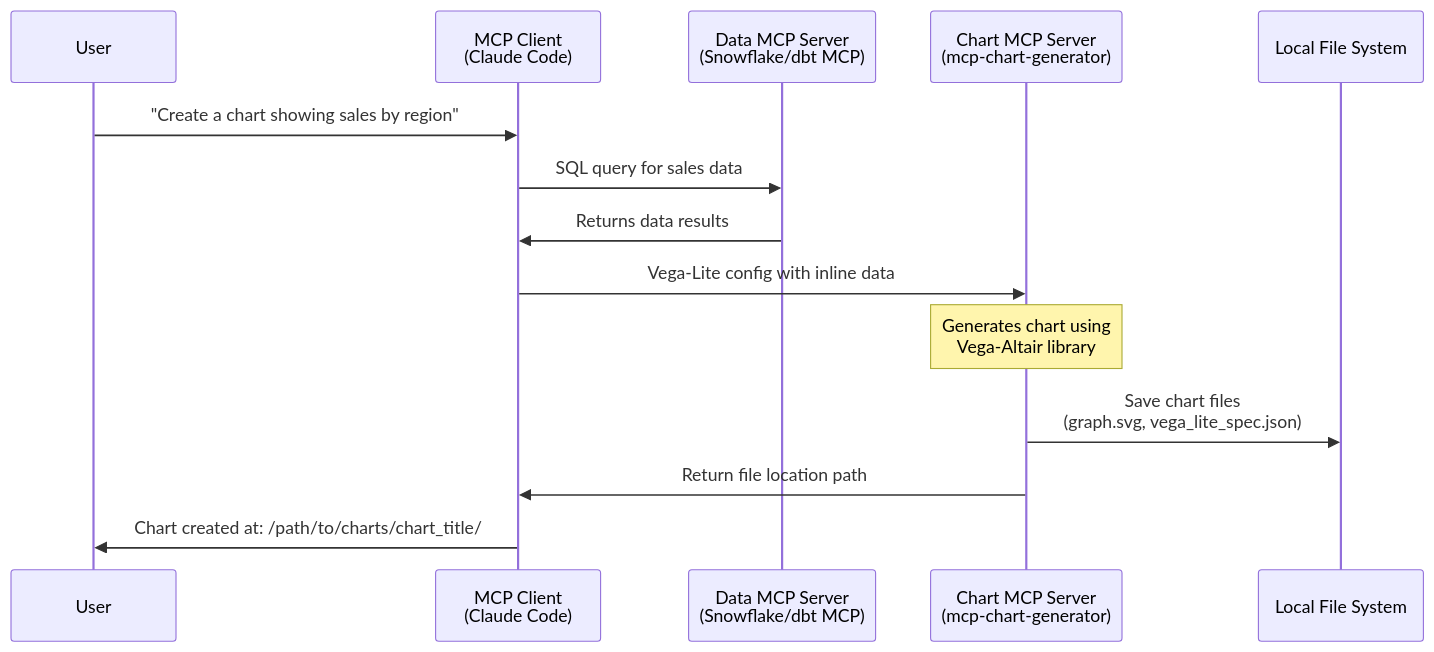
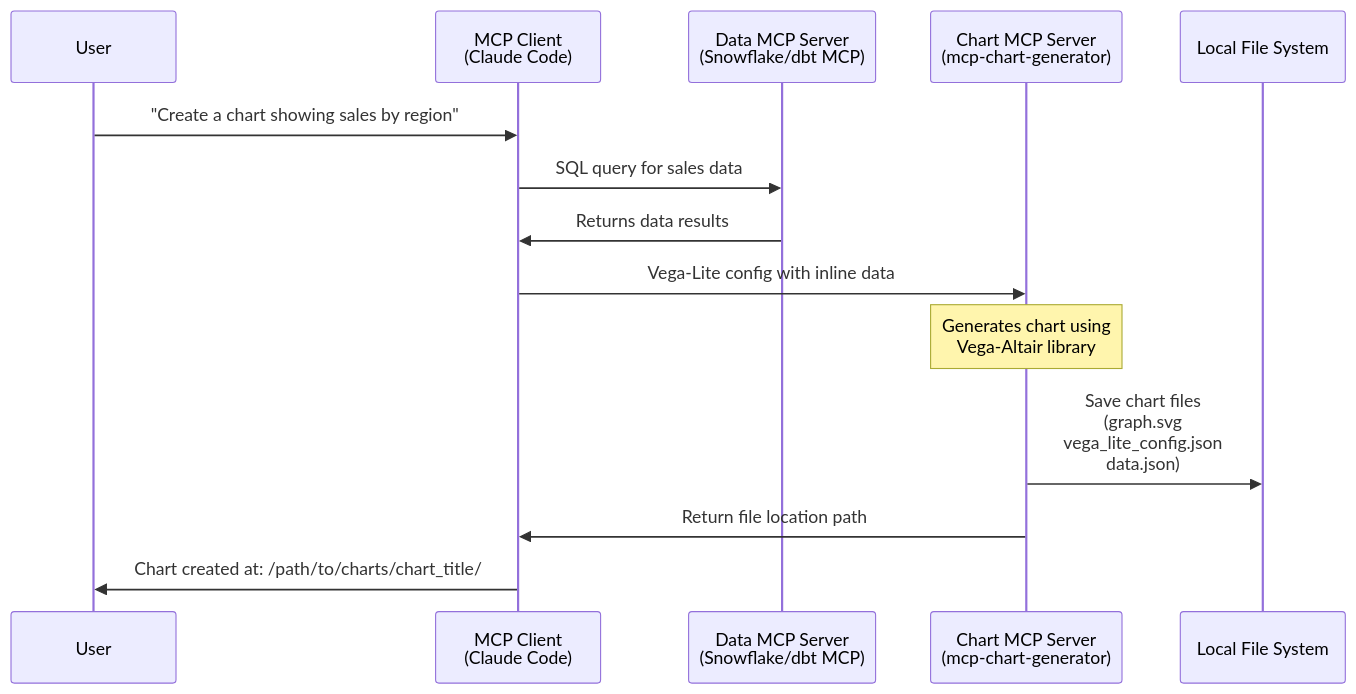
Before and after one commit to tucared/mcp-chart-generator: the diagram in README.md, drawn with Mermaid.

Commit message:
docs(readme): fix chart mcp artefacts from architecture diagram

````diff
--- a/README.md
+++ b/README.md
@@ -16,21 +16,21 @@
 ```mermaid
 sequenceDiagram
     participant User
     participant Client as MCP Client<br/>(Claude Code)
     participant DataMCP as Data MCP Server<br/>(Snowflake/dbt MCP)
     participant ChartMCP as Chart MCP Server<br/>(mcp-chart-generator)
     participant FileSystem as Local File System
 
     User->>Client: "Create a chart showing sales by region"
 
     Client->>DataMCP: SQL query for sales data
     DataMCP->>Client: Returns data results
 
     Client->>ChartMCP: Vega-Lite config with inline data
     Note over ChartMCP: Generates chart using<br/>Vega-Altair library
 
-    ChartMCP->>FileSystem: Save chart files<br/>(graph.svg, vega_lite_spec.json)
+    ChartMCP->>FileSystem: Save chart files<br/>(graph.svg<br>vega_lite_config.json<br>data.json)
     ChartMCP->>Client: Return file location path
 
     Client->>User: Chart created at: /path/to/charts/chart_title/
 ```
````
